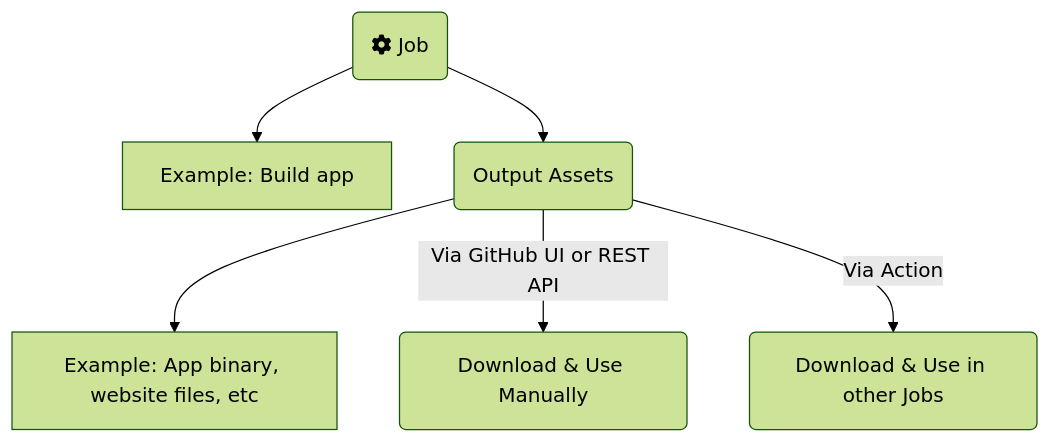
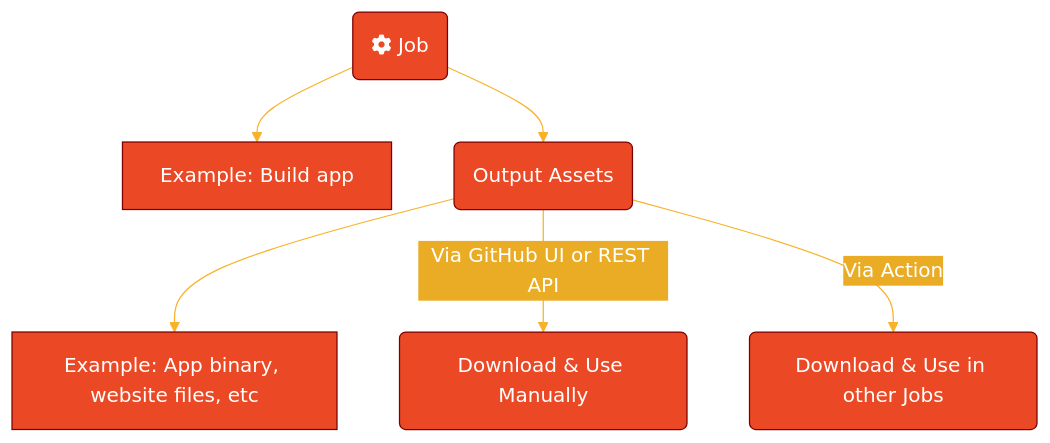
Before and after one commit to rtdevx/rtdevx.github.io: the diagram in content/posts/training/GitHub/2025-github-actions/05-artifacts-outputs/index.md, drawn with Mermaid.

Commit message:
Obsidian sync: 2025-12-09 09:56:55

```diff
--- a/content/posts/training/GitHub/2025-github-actions/05-artifacts-outputs/index.md
+++ b/content/posts/training/GitHub/2025-github-actions/05-artifacts-outputs/index.md
@@ -24,12 +24,19 @@
 {{< mermaid >}}
 ---
 config:
-  theme: 'forest'
+  theme: 'base'
+  themeVariables:
+    primaryColor: '#EB4925'
+    primaryTextColor: '#fff'
+    primaryBorderColor: '#7C0000'
+    lineColor: '#F8B229'
+    secondaryColor: '#EBAC25'
+    tertiaryColor: '#C7EB25'
 ---
 flowchart TD
   A(fa:fa-cog Job) --> B[Example: Build app]
   A --> C(Output Assets)
   C --> D[Example: App binary, website files, etc]
   C -->|Via GitHub UI or REST API| E(Download & Use Manually)
   C -->|Via Action| F(Download & Use in other Jobs)
 {{< /mermaid >}}
```
